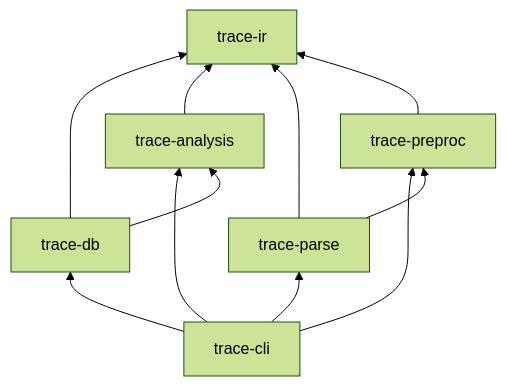
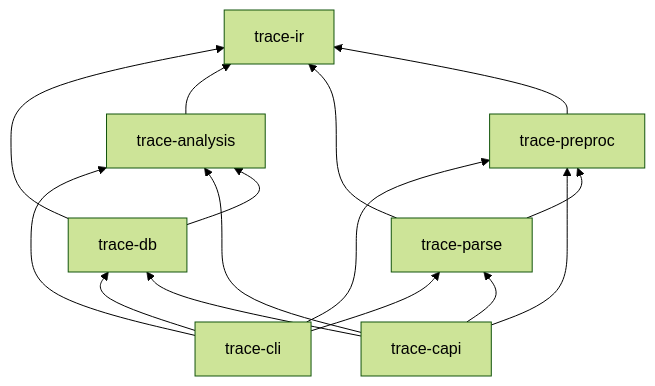
One commit to Last-Humans-Coding-Under-White-Nights/pathologist changed the second of 2 diagrams in docs/ARCHITECTURE.md. Above: the diagram before and after it, drawn with Mermaid (forest theme). The commit also changed other lines of this file and 7 other files, not shown here.

````diff
--- a/docs/ARCHITECTURE.md
+++ b/docs/ARCHITECTURE.md
@@ -49,20 +51,25 @@
 ```mermaid
 flowchart BT
   CLI[trace-cli]
+  CAPI[trace-capi]
   DB[trace-db]
   Analysis[trace-analysis]
   Parse[trace-parse]
   Preproc[trace-preproc]
   IR[trace-ir]
 
   CLI --> DB
   CLI --> Analysis
   CLI --> Parse
   CLI --> Preproc
+  CAPI --> DB
+  CAPI --> Analysis
+  CAPI --> Parse
+  CAPI --> Preproc
   DB --> Analysis
   DB --> IR
   Analysis --> IR
   Parse --> Preproc
   Parse --> IR
   Preproc --> IR
 ```
````
